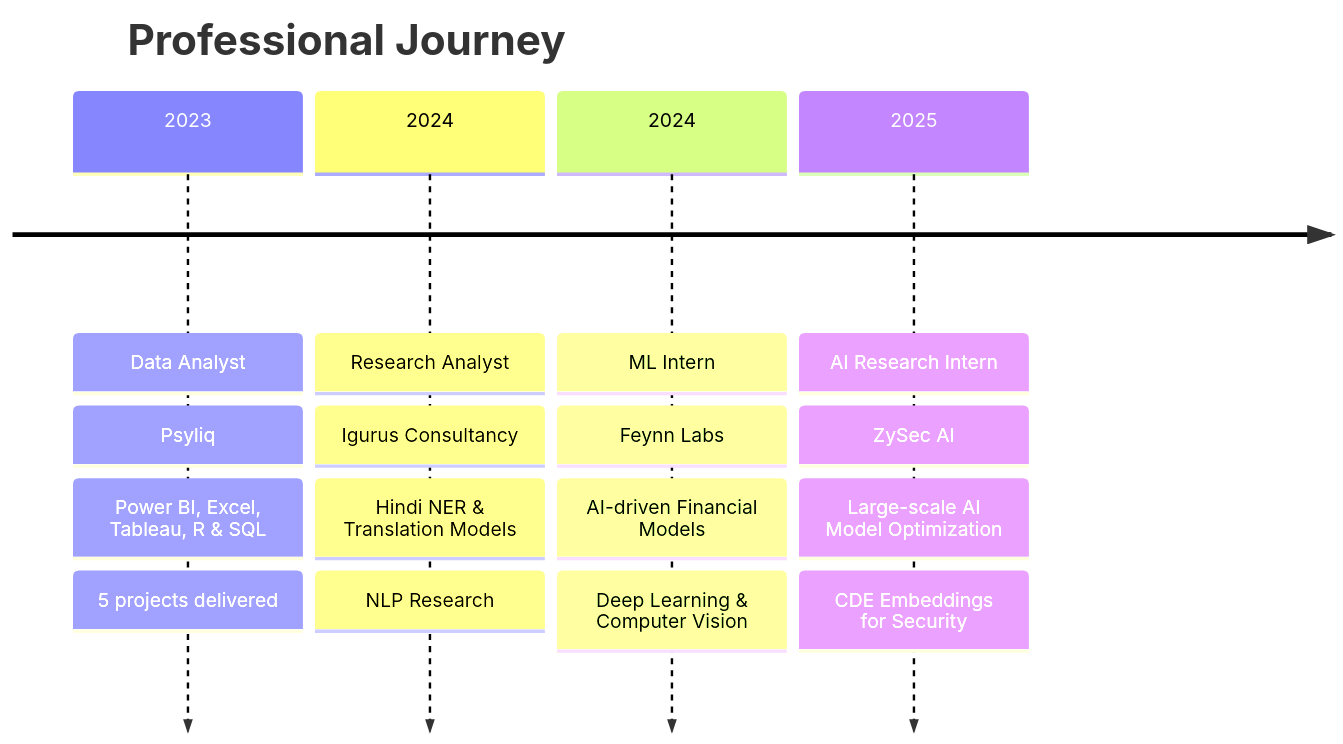
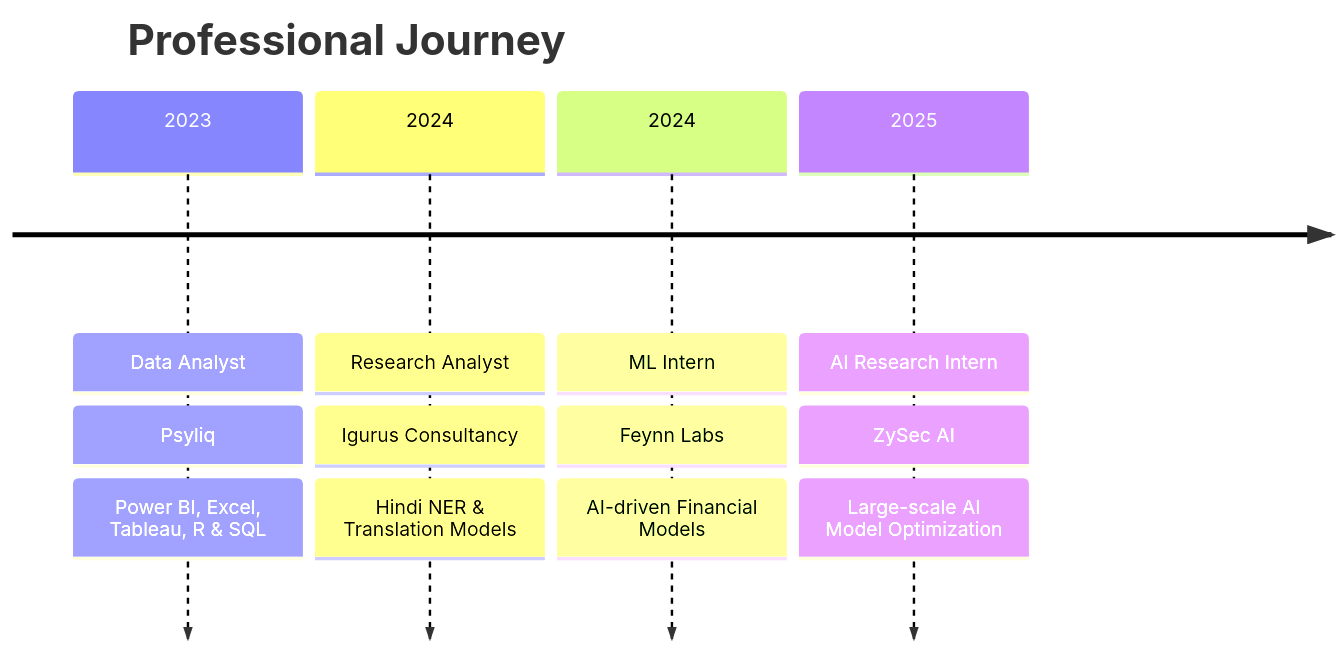
One commit to SubhiArjaria/SubhiArjaria changed the first of 2 diagrams in README.md. Above: the diagram before and after it, drawn with Mermaid. The commit also changed other lines of this file, not shown here.

````diff
--- a/README.md
+++ b/README.md
@@ -46,20 +42,16 @@
 ```mermaid
 timeline
     title Professional Journey
     2023 : Data Analyst
          : Psyliq
          : Power BI, Excel, Tableau, R & SQL
-         : 5 projects delivered
     2024 : Research Analyst
          : Igurus Consultancy
          : Hindi NER & Translation Models
-         : NLP Research
     2024 : ML Intern
          : Feynn Labs
          : AI-driven Financial Models
-         : Deep Learning & Computer Vision
     2025 : AI Research Intern
          : ZySec AI
          : Large-scale AI Model Optimization
-         : CDE Embeddings for Security
 ```
````
